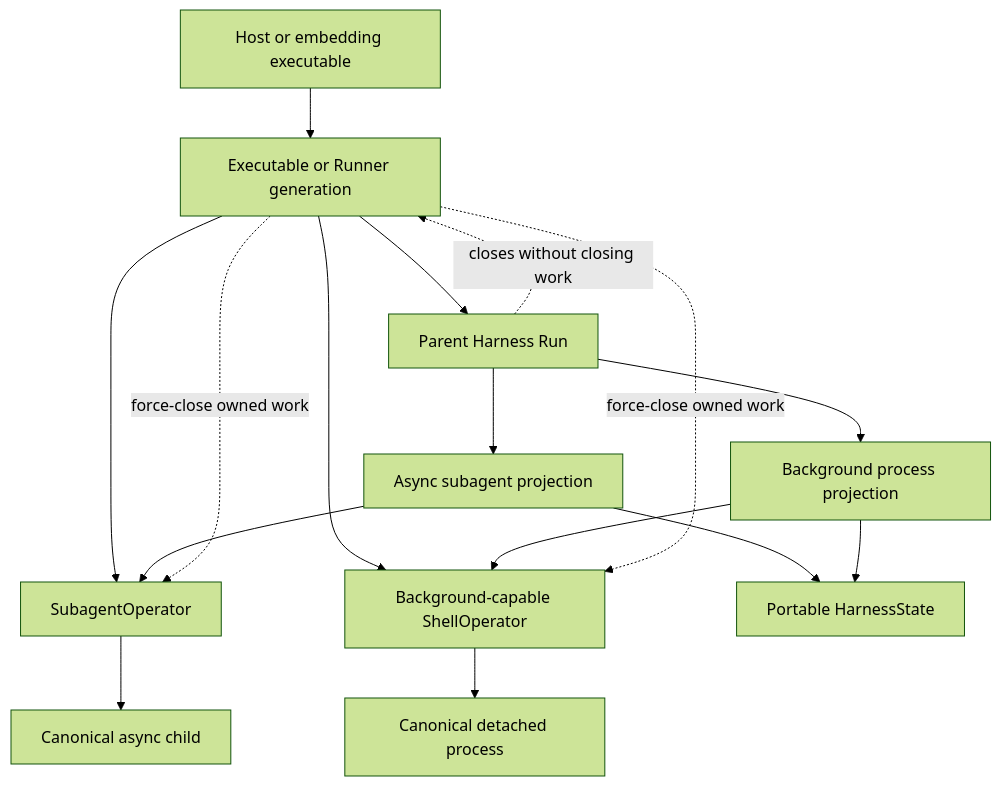
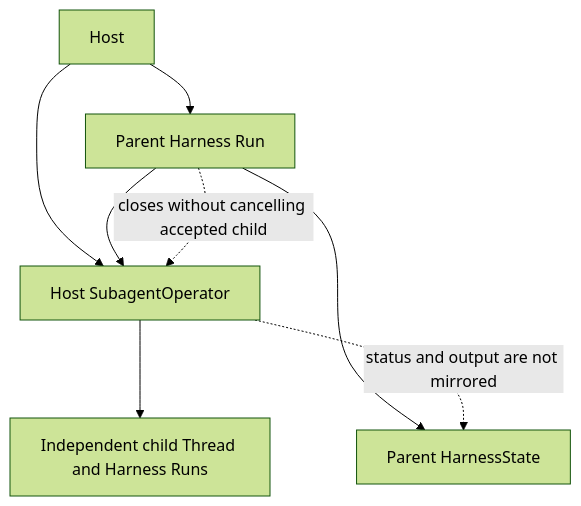
One commit to LTThreeComma/agent-foundation changed the first of 2 diagrams in spec/agent-harness/20-async-components-and-lifecycle.md. Above: the diagram before and after it, drawn with Mermaid (forest theme). The commit also changed other lines of this file and 188 other files, not shown here.

First line of the commit message:
feat(harness): rework environment and host ownership (#82)

````diff
--- a/spec/agent-harness/20-async-components-and-lifecycle.md
+++ b/spec/agent-harness/20-async-components-and-lifecycle.md
@@ -29,27 +29,15 @@
 ```mermaid
 flowchart TB
-    Host[Host or embedding executable]
-    Generation[Executable or Runner generation]
-    SubagentOperator[SubagentOperator]
-    ShellOperator[Background-capable ShellOperator]
-    ParentRun[Parent Harness Run]
-    SubagentProjection[Async subagent projection]
-    ProcessProjection[Background process projection]
-    Child[Canonical async child]
-    Process[Canonical detached process]
-    State[Portable HarnessState]
+    Host[Host]
+    Parent[Parent Harness Run]
+    Operator[Host SubagentOperator]
+    Child[Independent child Thread and Harness Runs]
+    ParentState[Parent HarnessState]
 
-    Host --> Generation
-    Generation --> SubagentOperator
-    Generation --> ShellOperator
-    Generation --> ParentRun
-    ParentRun --> SubagentProjection
-    ParentRun --> ProcessProjection
-    SubagentProjection --> SubagentOperator --> Child
-    ProcessProjection --> ShellOperator --> Process
-    SubagentProjection --> State
-    ProcessProjection --> State
-    ParentRun -. closes without closing work .-> Generation
-    Generation -. force-close owned work .-> SubagentOperator
-    Generation -. force-close owned work .-> ShellOperator
+    Host --> Parent
+    Host --> Operator --> Child
+    Parent --> Operator
+    Parent --> ParentState
+    Parent -. closes without cancelling accepted child .-> Operator
+    Operator -. status and output are not mirrored .-> ParentState
 ```
````
